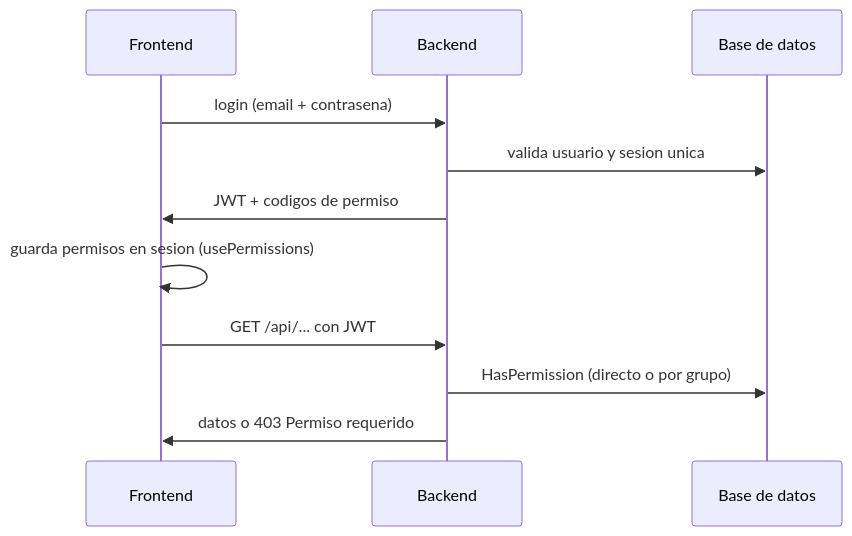
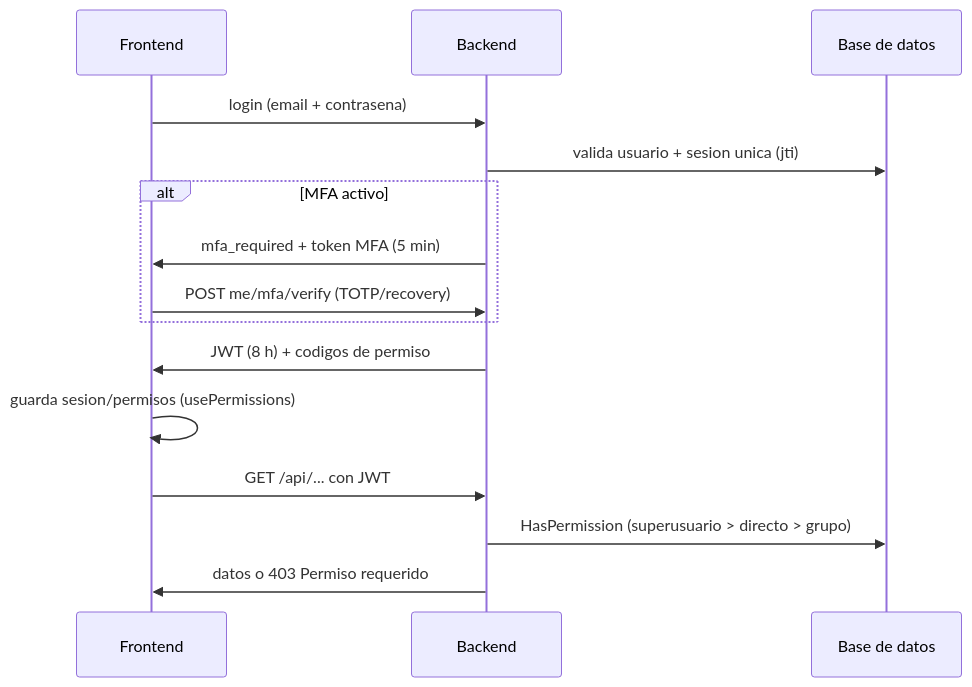
One commit to ColoradoDevv/proyecto-formativo-sagi changed the third of 4 diagrams in docs/arquitectura.md. Above: the diagram before and after it, drawn with Mermaid. The commit also changed other lines of this file and 10 other files, not shown here.

````diff
--- a/docs/arquitectura.md
+++ b/docs/arquitectura.md
@@ -43,13 +47,17 @@
 ```mermaid
 sequenceDiagram
     participant UI as Frontend
     participant API as Backend
     participant DB as Base de datos
     UI->>API: login (email + contrasena)
-    API->>DB: valida usuario y sesion unica
-    API->>UI: JWT + codigos de permiso
-    UI->>UI: guarda permisos en sesion (usePermissions)
+    API->>DB: valida usuario + sesion unica (jti)
+    alt MFA activo
+        API->>UI: mfa_required + token MFA (5 min)
+        UI->>API: POST me/mfa/verify (TOTP/recovery)
+    end
+    API->>UI: JWT (8 h) + codigos de permiso
+    UI->>UI: guarda sesion/permisos (usePermissions)
     UI->>API: GET /api/... con JWT
-    API->>DB: HasPermission (directo o por grupo)
+    API->>DB: HasPermission (superusuario > directo > grupo)
     API->>UI: datos o 403 Permiso requerido
 ```
````
